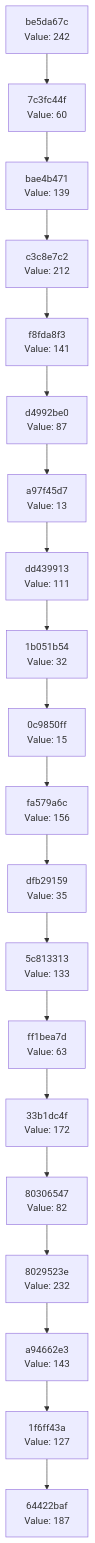
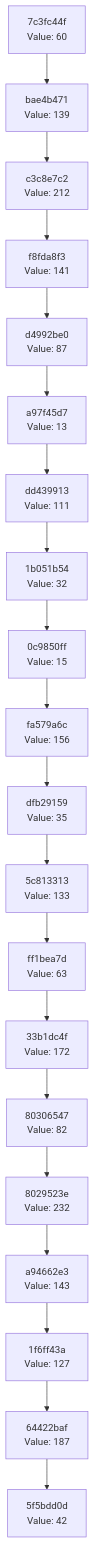
The diagram in docs/CHAIN_VISUALIZATION.md (Abhisheksinha1506/hash-chain-evolver), drawn with Mermaid before and after one commit. The commit also changed 3 other files, not shown here.

````diff
--- a/docs/CHAIN_VISUALIZATION.md
+++ b/docs/CHAIN_VISUALIZATION.md
@@ -3,42 +3,42 @@
 ```mermaid
 graph TD
-    C0["64422baf<br/>Value: 187"]
-    C1["1f6ff43a<br/>Value: 127"]
+    C0["5f5bdd0d<br/>Value: 42"]
+    C1["64422baf<br/>Value: 187"]
     C1 --> C0
-    C2["a94662e3<br/>Value: 143"]
+    C2["1f6ff43a<br/>Value: 127"]
     C2 --> C1
-    C3["8029523e<br/>Value: 232"]
+    C3["a94662e3<br/>Value: 143"]
     C3 --> C2
-    C4["80306547<br/>Value: 82"]
+    C4["8029523e<br/>Value: 232"]
     C4 --> C3
-    C5["33b1dc4f<br/>Value: 172"]
+    C5["80306547<br/>Value: 82"]
     C5 --> C4
-    C6["ff1bea7d<br/>Value: 63"]
+    C6["33b1dc4f<br/>Value: 172"]
     C6 --> C5
-    C7["5c813313<br/>Value: 133"]
+    C7["ff1bea7d<br/>Value: 63"]
     C7 --> C6
-    C8["dfb29159<br/>Value: 35"]
+    C8["5c813313<br/>Value: 133"]
     C8 --> C7
-    C9["fa579a6c<br/>Value: 156"]
+    C9["dfb29159<br/>Value: 35"]
     C9 --> C8
-    C10["0c9850ff<br/>Value: 15"]
+    C10["fa579a6c<br/>Value: 156"]
     C10 --> C9
-    C11["1b051b54<br/>Value: 32"]
+    C11["0c9850ff<br/>Value: 15"]
     C11 --> C10
-    C12["dd439913<br/>Value: 111"]
+    C12["1b051b54<br/>Value: 32"]
     C12 --> C11
-    C13["a97f45d7<br/>Value: 13"]
+    C13["dd439913<br/>Value: 111"]
     C13 --> C12
-    C14["d4992be0<br/>Value: 87"]
+    C14["a97f45d7<br/>Value: 13"]
     C14 --> C13
-    C15["f8fda8f3<br/>Value: 141"]
+    C15["d4992be0<br/>Value: 87"]
     C15 --> C14
-    C16["c3c8e7c2<br/>Value: 212"]
+    C16["f8fda8f3<br/>Value: 141"]
     C16 --> C15
-    C17["bae4b471<br/>Value: 139"]
+    C17["c3c8e7c2<br/>Value: 212"]
     C17 --> C16
-    C18["7c3fc44f<br/>Value: 60"]
+    C18["bae4b471<br/>Value: 139"]
     C18 --> C17
-    C19["be5da67c<br/>Value: 242"]
+    C19["7c3fc44f<br/>Value: 60"]
     C19 --> C18
 ```
````
